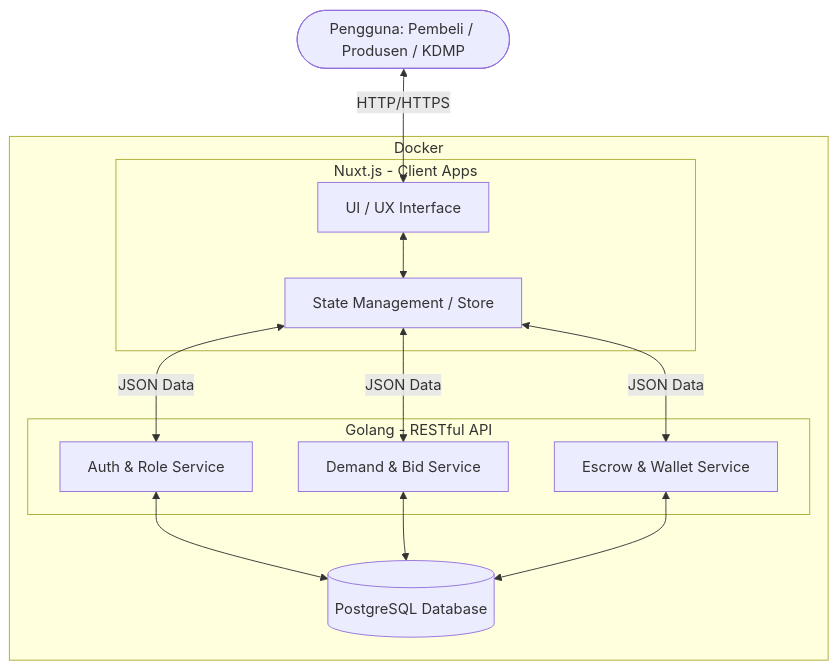
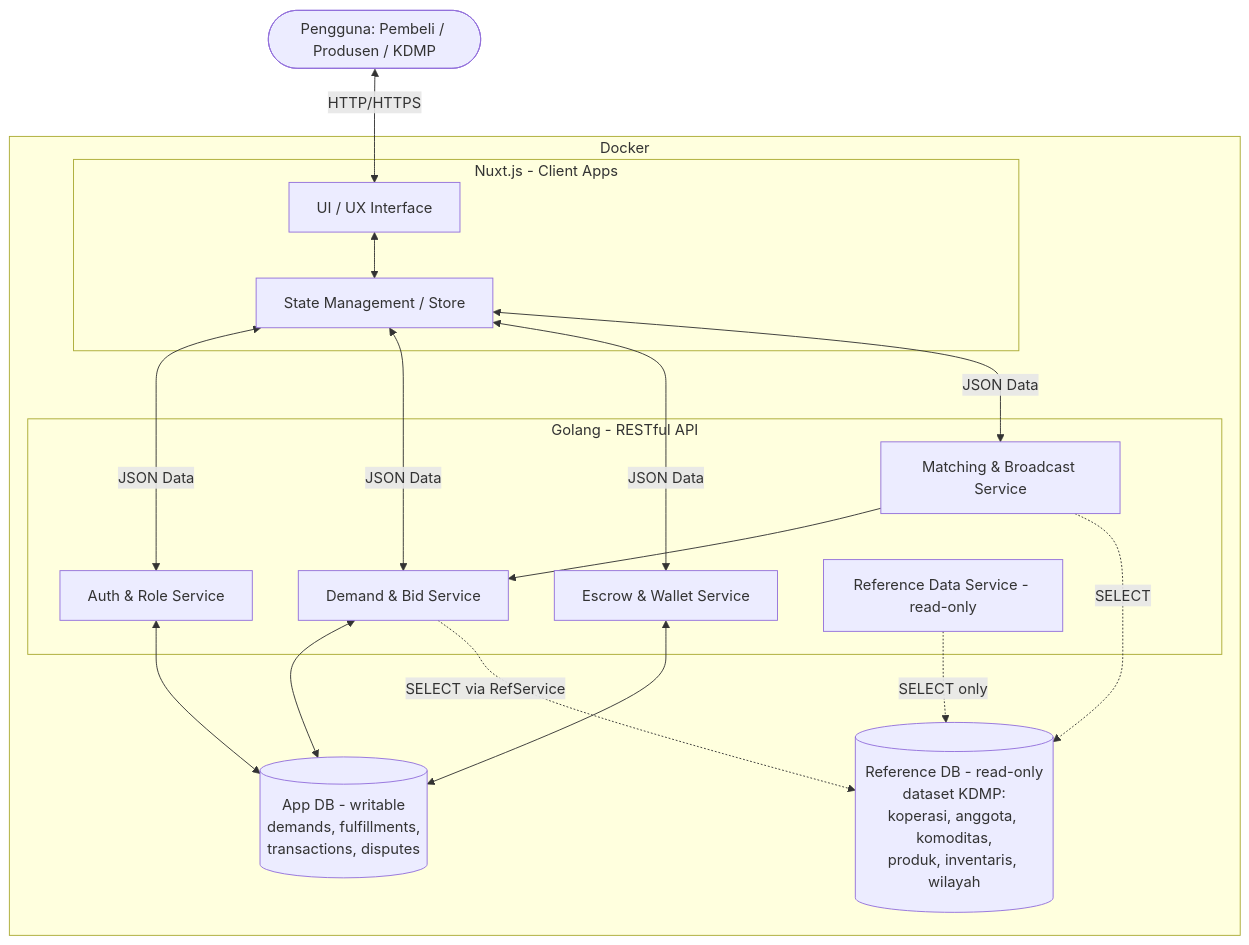
Before and after one commit to niceProg/budes: the first of 2 diagrams in PRD.md, drawn with Mermaid. The commit also changed other lines of this file and 18 other files, not shown here.

Commit message:
feat: ground Budes on KDMP dataset with two-DB architecture + Go backend

````diff
--- a/PRD.md
+++ b/PRD.md
@@ -73,34 +84,43 @@
 ```mermaid
 flowchart TD
     User([Pengguna: Pembeli / Produsen / KDMP])
-    
+
     subgraph Frontend [Nuxt.js - Client Apps]
         UI[UI / UX Interface]
         State[State Management / Store]
     end
-    
+
     subgraph Backend [Golang - RESTful API]
         AuthService[Auth & Role Service]
         MarketService[Demand & Bid Service]
         EscrowService[Escrow & Wallet Service]
+        RefService[Reference Data Service - read-only]
+        MatchService[Matching & Broadcast Service]
     end
-    
-    Database[(PostgreSQL Database)]
-    
+
+    AppDB[(App DB - writable<br/>demands, fulfillments,<br/>transactions, disputes)]
+    RefDB[(Reference DB - read-only<br/>dataset KDMP:<br/>koperasi, anggota, komoditas,<br/>produk, inventaris, wilayah)]
+
     User <-->|HTTP/HTTPS| UI
     UI <--> State
     State <-->|JSON Data| AuthService
     State <-->|JSON Data| MarketService
     State <-->|JSON Data| EscrowService
-    
-    AuthService <--> Database
-    MarketService <--> Database
-    EscrowService <--> Database
-    
+    State <-->|JSON Data| MatchService
+
+    AuthService <--> AppDB
+    MarketService <--> AppDB
+    EscrowService <--> AppDB
+    MatchService --> MarketService
+    MatchService -.->|SELECT| RefDB
+    RefService -.->|SELECT only| RefDB
+    MarketService -.->|SELECT via RefService| RefDB
+
     %% Keterangan Deployment
     subgraph Docker
         Frontend
         Backend
-        Database
+        AppDB
+        RefDB
     end
 ```
````
